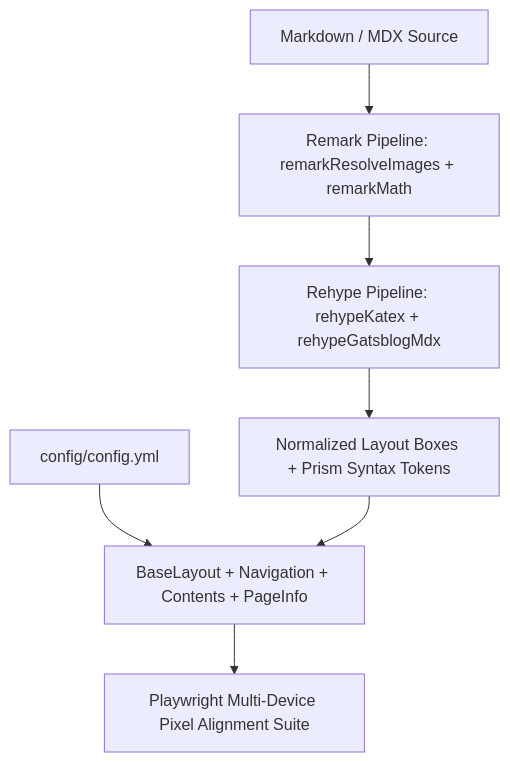
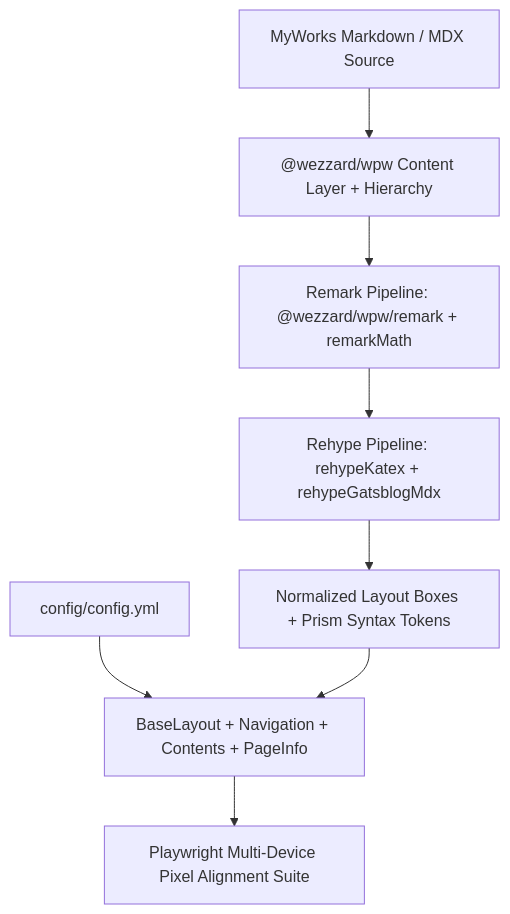
One commit to WeZZard/Gatsblog changed the diagram in docs/visual-parity-and-layout-architecture.md. Above: the diagram before and after it, drawn with Mermaid. The commit also changed 10 other files, not shown here.

Commit message:
Integrate @wezzard/wpw v2.0 middleware and Cloudflare Workers CI/CD

````diff
--- a/docs/visual-parity-and-layout-architecture.md
+++ b/docs/visual-parity-and-layout-architecture.md
@@ -5,9 +5,10 @@
 ```mermaid
 flowchart TD
-    MD["Markdown / MDX Source"] --> RM["Remark Pipeline: remarkResolveImages + remarkMath"]
+    MD["MyWorks Markdown / MDX Source"] --> WPW["@wezzard/wpw Content Layer + Hierarchy"]
+    WPW --> RM["Remark Pipeline: @wezzard/wpw/remark + remarkMath"]
     RM --> RH["Rehype Pipeline: rehypeKatex + rehypeGatsblogMdx"]
     RH --> BOX["Normalized Layout Boxes + Prism Syntax Tokens"]
     CFG["config/config.yml"] --> SHELL["BaseLayout + Navigation + Contents + PageInfo"]
     BOX --> SHELL
     SHELL --> PW["Playwright Multi-Device Pixel Alignment Suite"]
 ```
````
